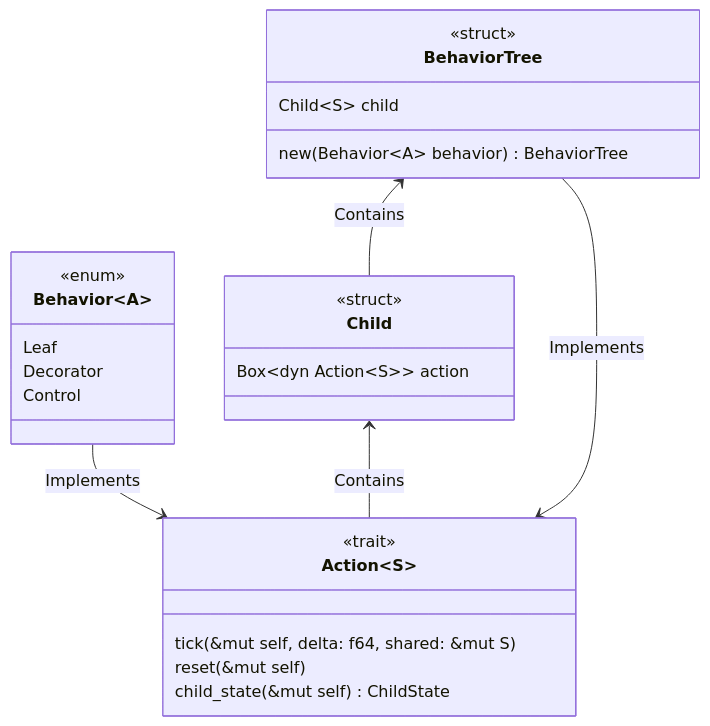
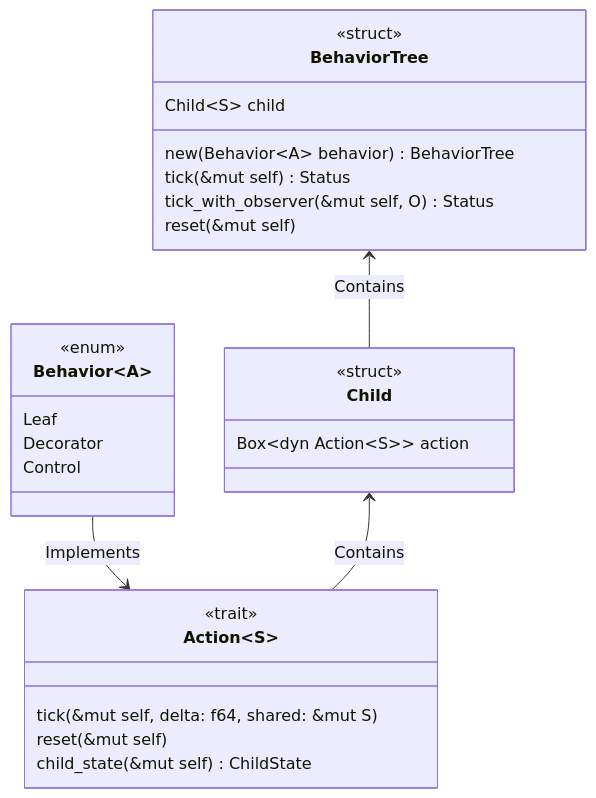
One commit to coder137/behaviortree-rs changed the diagram in README.md. Above: the diagram before and after it, drawn with Mermaid. The commit also changed 11 other files, not shown here.

First line of the commit message:
Async BehaviorTree (#11)

````diff
--- a/README.md
+++ b/README.md
@@ -3,38 +3,40 @@
 ```mermaid
 classDiagram
 
 class Behavior~A~ {
     <<enum>>
     Leaf
     Decorator
     Control
 }
 
 class Action~S~ {
     <<trait>>
     tick(&mut self, delta: f64, shared: &mut S)
     reset(&mut self)
     child_state(&mut self) ChildState
 }
 
 
 
 class Child {
     <<struct>>
     Box~dyn Action~S~~ action
 }
 
 class BehaviorTree {
     <<struct>>
     Child~S~ child
 
     new(Behavior~A~ behavior) BehaviorTree
+    tick(&mut self) Status
+    tick_with_observer(&mut self, O) Status
+    reset(&mut self)
 }
 
 Behavior --> Action: Implements
 
 Child <-- Action: Contains
 
-BehaviorTree --> Action: Implements
 BehaviorTree <-- Child: Contains
 ```
````
